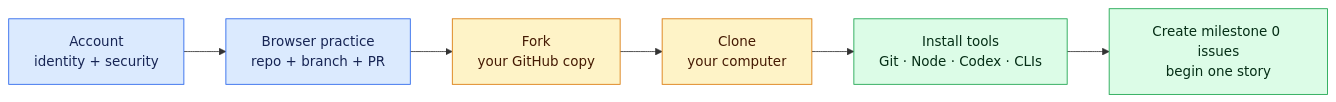
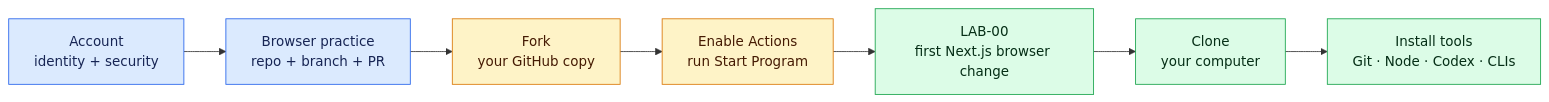
The diagram in GETTING_STARTED.md (saliftankoano/pierre-build-program), drawn with Mermaid before and after one commit. The commit also changed other lines of this file and 253 other files, not shown here.

````diff
--- a/GETTING_STARTED.md
+++ b/GETTING_STARTED.md
@@ -3,15 +3,16 @@
 ```mermaid
 flowchart LR
     ACCOUNT["Account<br/>identity + security"] --> WEB["Browser practice<br/>repo + branch + PR"]
     WEB --> FORK["Fork<br/>your GitHub copy"]
-    FORK --> CLONE["Clone<br/>your computer"]
+    FORK --> START["Enable Actions<br/>run Start Program"]
+    START --> LAB["LAB-00<br/>first Next.js browser change"]
+    LAB --> CLONE["Clone<br/>your computer"]
     CLONE --> TOOLS["Install tools<br/>Git · Node · Codex · CLIs"]
-    TOOLS --> ISSUES["Create milestone 0 issues<br/>begin one story"]
 
     classDef context fill:#dbeafe,stroke:#2563eb,color:#172554;
     classDef plan fill:#fef3c7,stroke:#d97706,color:#451a03;
     classDef build fill:#dcfce7,stroke:#16a34a,color:#052e16;
     class ACCOUNT,WEB context;
-    class FORK,CLONE plan;
-    class TOOLS,ISSUES build;
+    class FORK,START plan;
+    class LAB,CLONE,TOOLS build;
 ```
````
